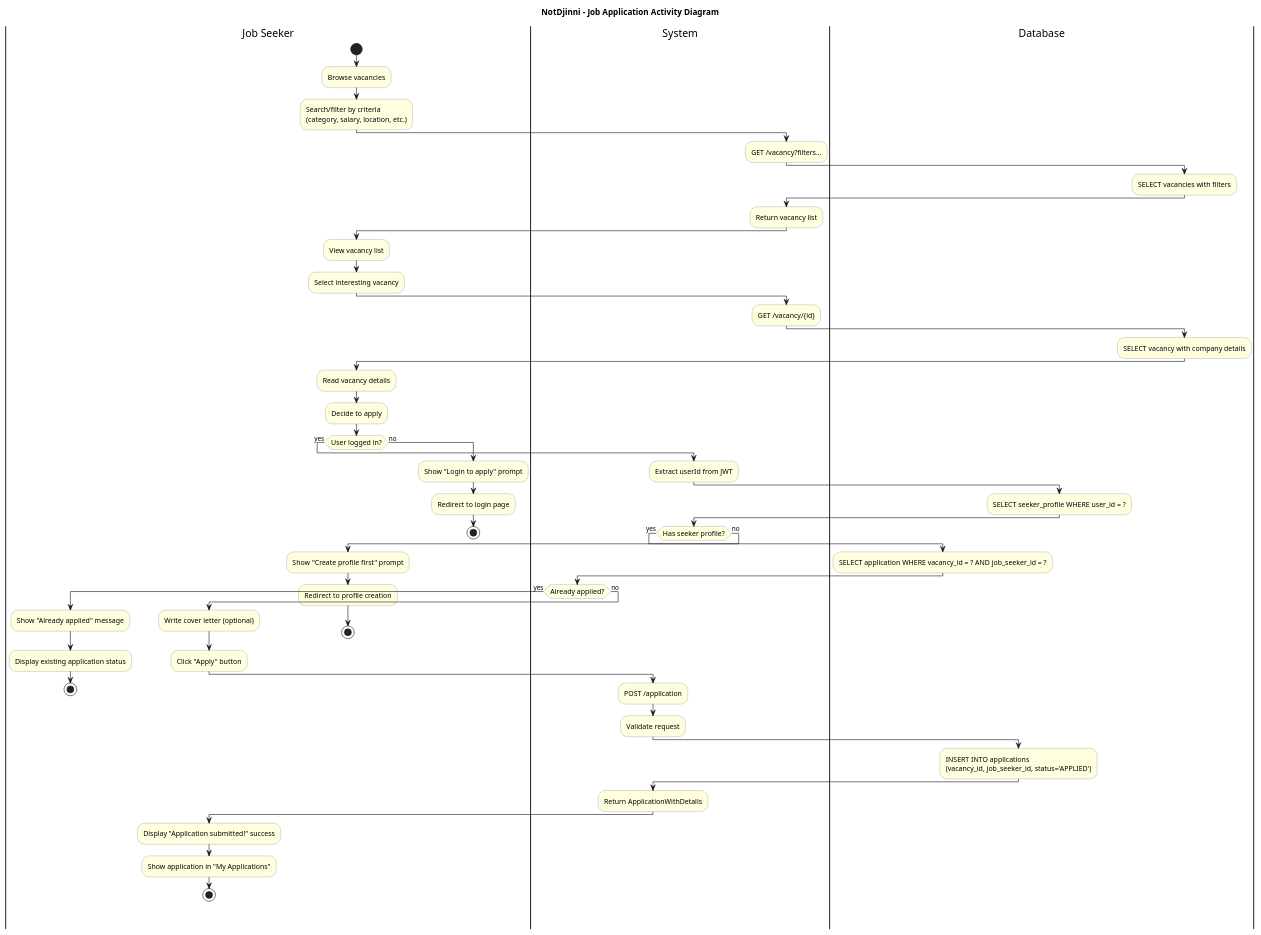
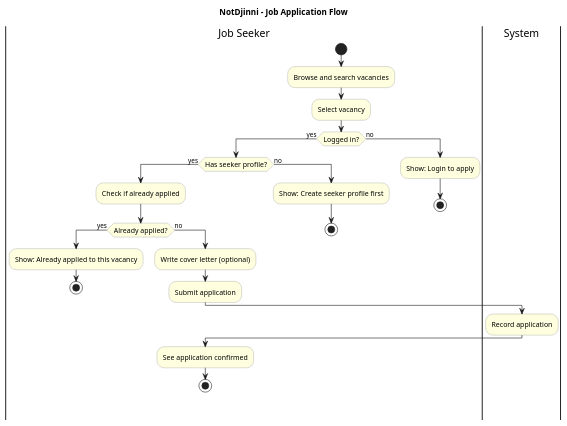
Before and after one commit to hmokryiedu/NotDjinni: the diagram in diagram/business/job-application-flow.puml, drawn with PlantUML. The commit also changed 48 other files, not shown here.

```diff
--- a/diagram/business/job-application-flow.puml
+++ b/diagram/business/job-application-flow.puml
@@ -1,92 +1,43 @@
 @startuml Job Application Flow
 
 skinparam activity {
     BackgroundColor LightYellow
     BorderColor Gray
     FontSize 12
 }
 
-title NotDjinni - Job Application Activity Diagram
+title NotDjinni - Job Application Flow
 
 |Job Seeker|
 start
-:Browse vacancies;
-:Search/filter by criteria\n(category, salary, location, etc.);
+:Browse and search vacancies;
+:Select vacancy;
 
-|System|
-:GET /vacancy?filters...;
+if (Logged in?) then (yes)
+    if (Has seeker profile?) then (yes)
+        :Check if already applied;
 
-|Database|
-:SELECT vacancies with filters;
-
-|System|
-:Return vacancy list;
-
-|Job Seeker|
-:View vacancy list;
-:Select interesting vacancy;
-
-|System|
-:GET /vacancy/{id};
-
-|Database|
-:SELECT vacancy with company details;
-
-|Job Seeker|
-:Read vacancy details;
-:Decide to apply;
-
-if (User logged in?) then (yes)
-    |System|
-    :Extract userId from JWT;
-
-    |Database|
-    :SELECT seeker_profile WHERE user_id = ?;
-
-    |System|
-    if (Has seeker profile?) then (yes)
-        |Database|
-        :SELECT application WHERE vacancy_id = ? AND job_seeker_id = ?;
-
-        |System|
         if (Already applied?) then (yes)
-            |Job Seeker|
-            :Show "Already applied" message;
-            :Display existing application status;
+            :Show: Already applied to this vacancy;
             stop
         else (no)
-            |Job Seeker|
             :Write cover letter (optional);
-            :Click "Apply" button;
+            :Submit application;
 
             |System|
-            :POST /application;
-            :Validate request;
-
-            |Database|
-            :INSERT INTO applications\n(vacancy_id, job_seeker_id, status='APPLIED');
-
-            |System|
-            :Return ApplicationWithDetails;
+            :Record application;
 
             |Job Seeker|
-            :Display "Application submitted!" success;
-            :Show application in "My Applications";
+            :See application confirmed;
             stop
         endif
-
     else (no)
-        |Job Seeker|
-        :Show "Create profile first" prompt;
-        :Redirect to profile creation;
+        :Show: Create seeker profile first;
         stop
     endif
-
 else (no)
-    |Job Seeker|
-    :Show "Login to apply" prompt;
-    :Redirect to login page;
+    :Show: Login to apply;
     stop
 endif
 
 @enduml
```
